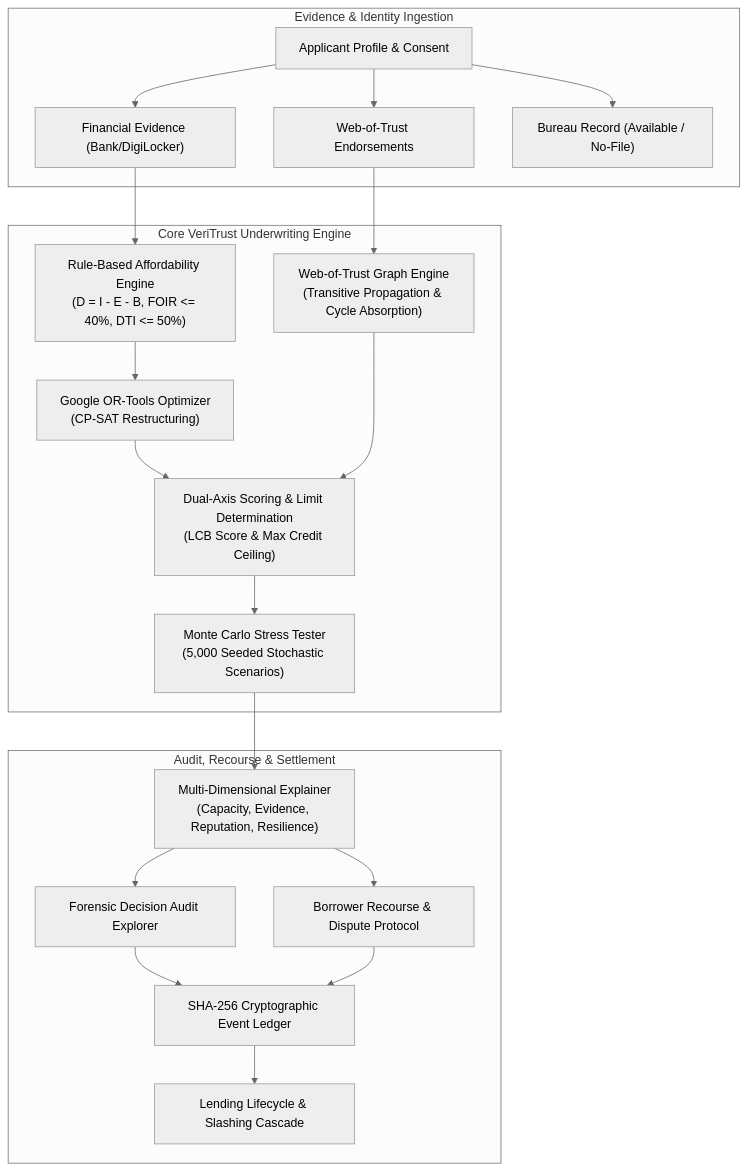
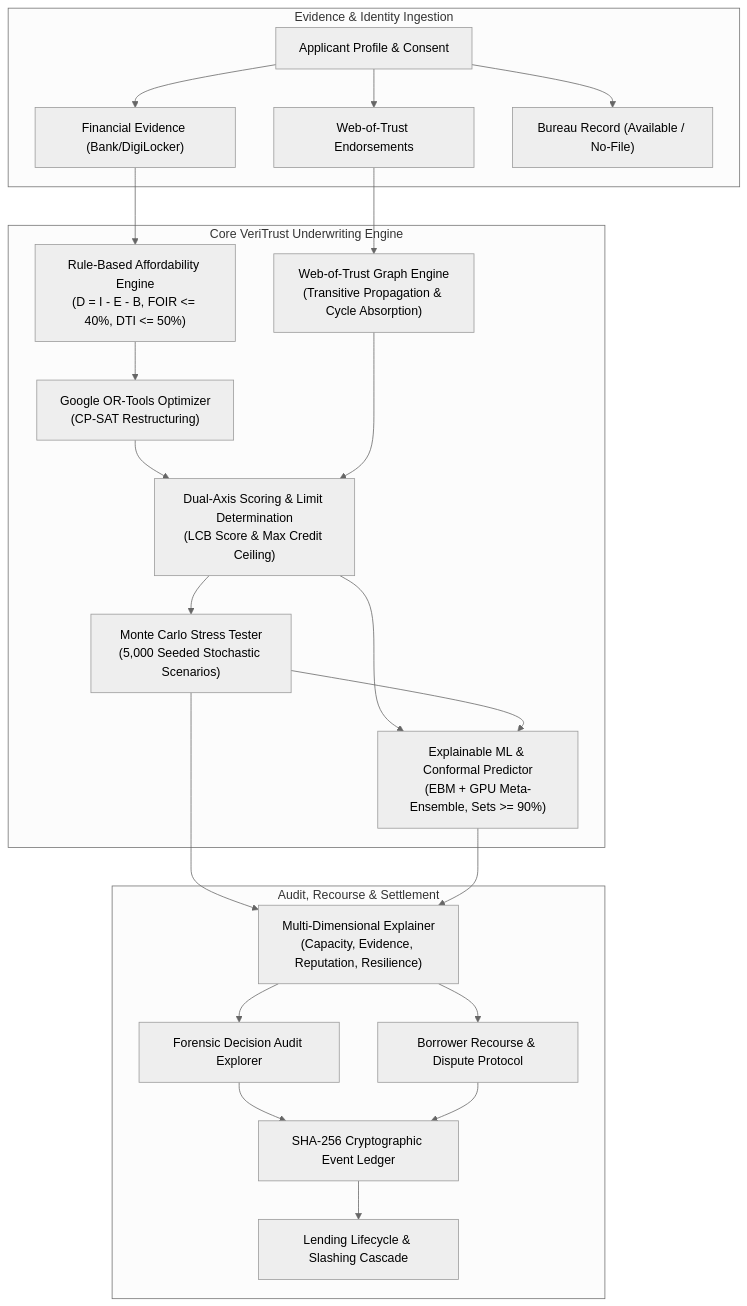
One commit to inwrongplannet/Srujana_hackathon2026_Vouch changed the first of 2 diagrams in docs/ARCHITECTURE.md. Above: the diagram before and after it, drawn with Mermaid (neutral theme). The commit also changed other lines of this file and 6 other files, not shown here.

First line of the commit message:
docs(localdocs): update architecture and implementation specs with ML pipeline and conformal prediction

````diff
--- a/docs/ARCHITECTURE.md
+++ b/docs/ARCHITECTURE.md
@@ -14,24 +15,25 @@
 ```mermaid
 flowchart TD
     subgraph INGESTION["Evidence & Identity Ingestion"]
         A["Applicant Profile & Consent"] --> B["Financial Evidence (Bank/DigiLocker)"]
         A --> C["Web-of-Trust Endorsements"]
         A --> D["Bureau Record (Available / No-File)"]
     end
 
     subgraph ENGINE["Core VeriTrust Underwriting Engine"]
         B --> E["Rule-Based Affordability Engine<br/>(D = I - E - B, FOIR <= 40%, DTI <= 50%)"]
         E --> F["Google OR-Tools Optimizer<br/>(CP-SAT Restructuring)"]
         C --> G["Web-of-Trust Graph Engine<br/>(Transitive Propagation & Cycle Absorption)"]
         F & G --> H["Dual-Axis Scoring & Limit Determination<br/>(LCB Score & Max Credit Ceiling)"]
         H --> I["Monte Carlo Stress Tester<br/>(5,000 Seeded Stochastic Scenarios)"]
+        H & I --> P["Explainable ML & Conformal Predictor<br/>(EBM + GPU Meta-Ensemble, Sets >= 90%)"]
     end
 
     subgraph SETTLEMENT["Audit, Recourse & Settlement"]
-        I --> J["Multi-Dimensional Explainer<br/>(Capacity, Evidence, Reputation, Resilience)"]
+        I & P --> J["Multi-Dimensional Explainer<br/>(Capacity, Evidence, Reputation, Resilience)"]
         J --> K["Forensic Decision Audit Explorer"]
         J --> L["Borrower Recourse & Dispute Protocol"]
         K & L --> M["SHA-256 Cryptographic Event Ledger"]
         M --> N["Lending Lifecycle & Slashing Cascade"]
     end
 ```
````
